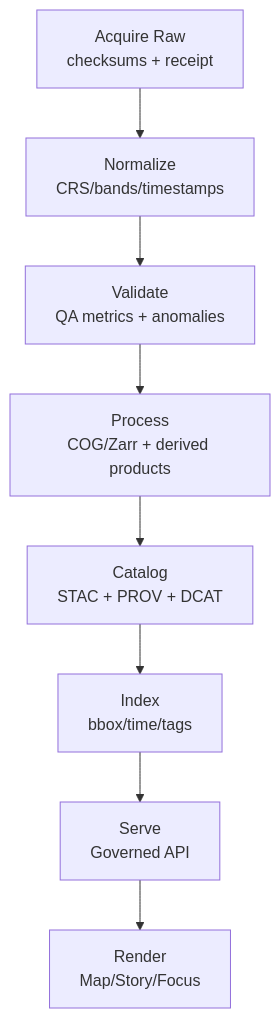
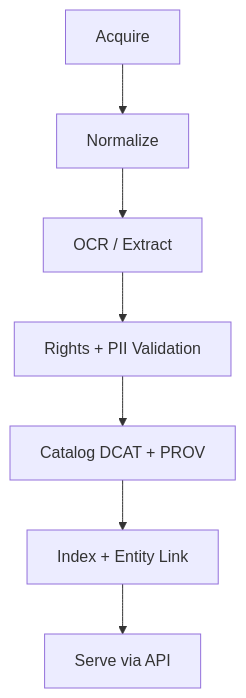
One commit to bartytime4life/Kansas-Frontier-Matrix changed the third of 3 diagrams in README.md. Above: the diagram before and after it, drawn with Mermaid. The commit also changed other lines of this file, not shown here.

````diff
--- a/README.md
+++ b/README.md
@@ -358,10 +236,9 @@
 ```mermaid
 flowchart TD
-  A[Acquire Raw\nchecksums + receipt] --> B[Normalize\nCRS/bands/timestamps]
-  B --> C[Validate\nQA metrics + anomalies]
-  C --> D[Process\nCOG/Zarr + derived products]
-  D --> E[Catalog\nSTAC + PROV + DCAT]
-  E --> F[Index\nbbox/time/tags]
-  F --> G[Serve\nGoverned API]
-  G --> H[Render\nMap/Story/Focus]
+  A[Acquire] --> B[Normalize]
+  B --> C[OCR / Extract]
+  C --> D[Rights + PII Validation]
+  D --> E[Catalog DCAT + PROV]
+  E --> F[Index + Entity Link]
+  F --> G[Serve via API]
 ```
````
